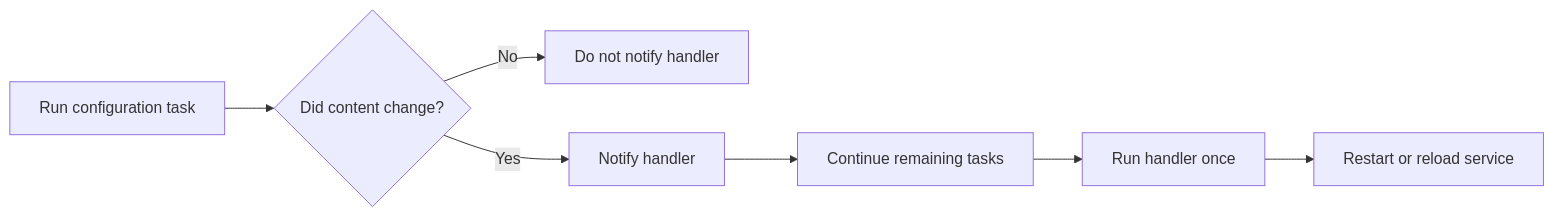
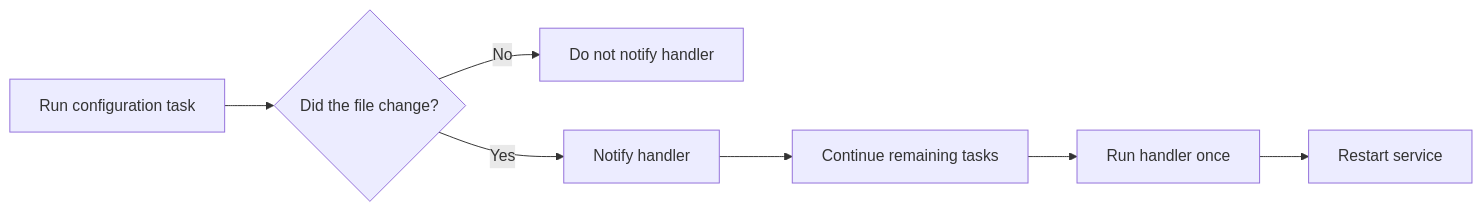
The third of 4 diagrams in module05/conditions-loops-handlers-templates.md (Ansible-workshop-ch/bootcamp), drawn with Mermaid before and after one commit. The commit also changed other lines of this file, not shown here.

````diff
--- a/module05/conditions-loops-handlers-templates.md
+++ b/module05/conditions-loops-handlers-templates.md
@@ -373,9 +346,9 @@
 ```mermaid
 flowchart LR
-    A[Run configuration task] --> B{Did content change?}
+    A[Run configuration task] --> B{Did the file change?}
     B -->|No| C[Do not notify handler]
     B -->|Yes| D[Notify handler]
     D --> E[Continue remaining tasks]
     E --> F[Run handler once]
-    F --> G[Restart or reload service]
+    F --> G[Restart service]
 ```
````
